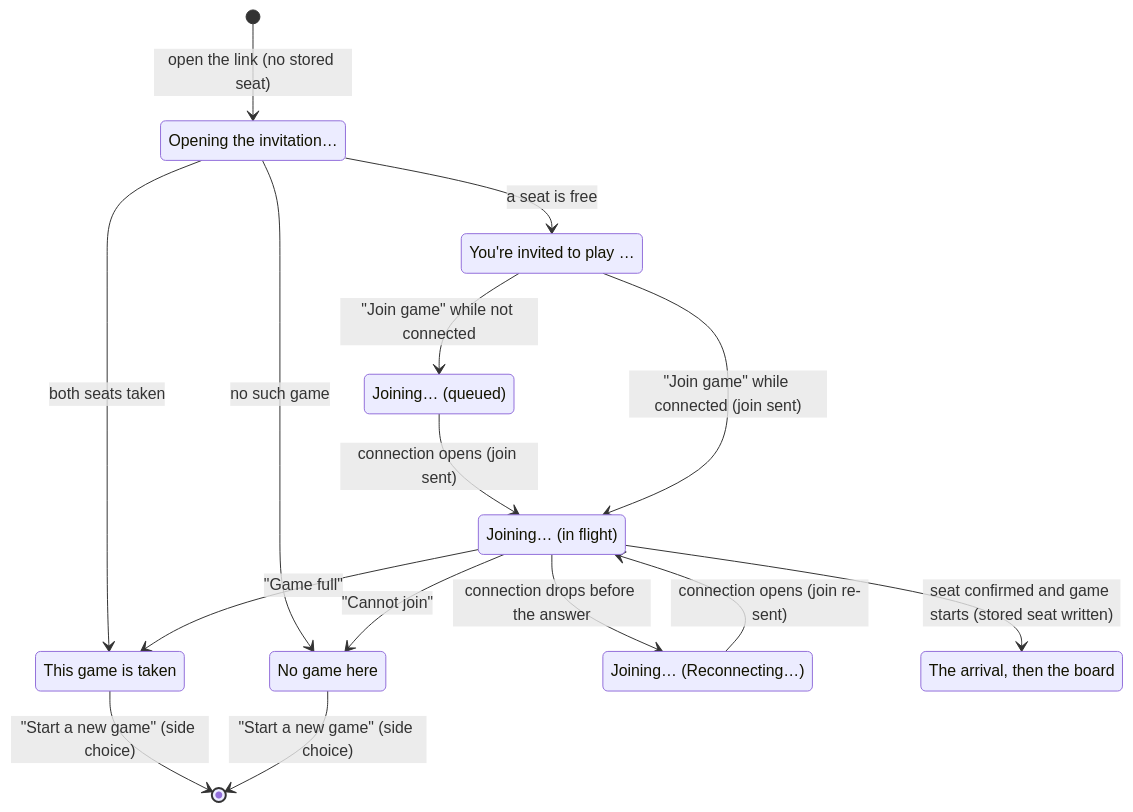
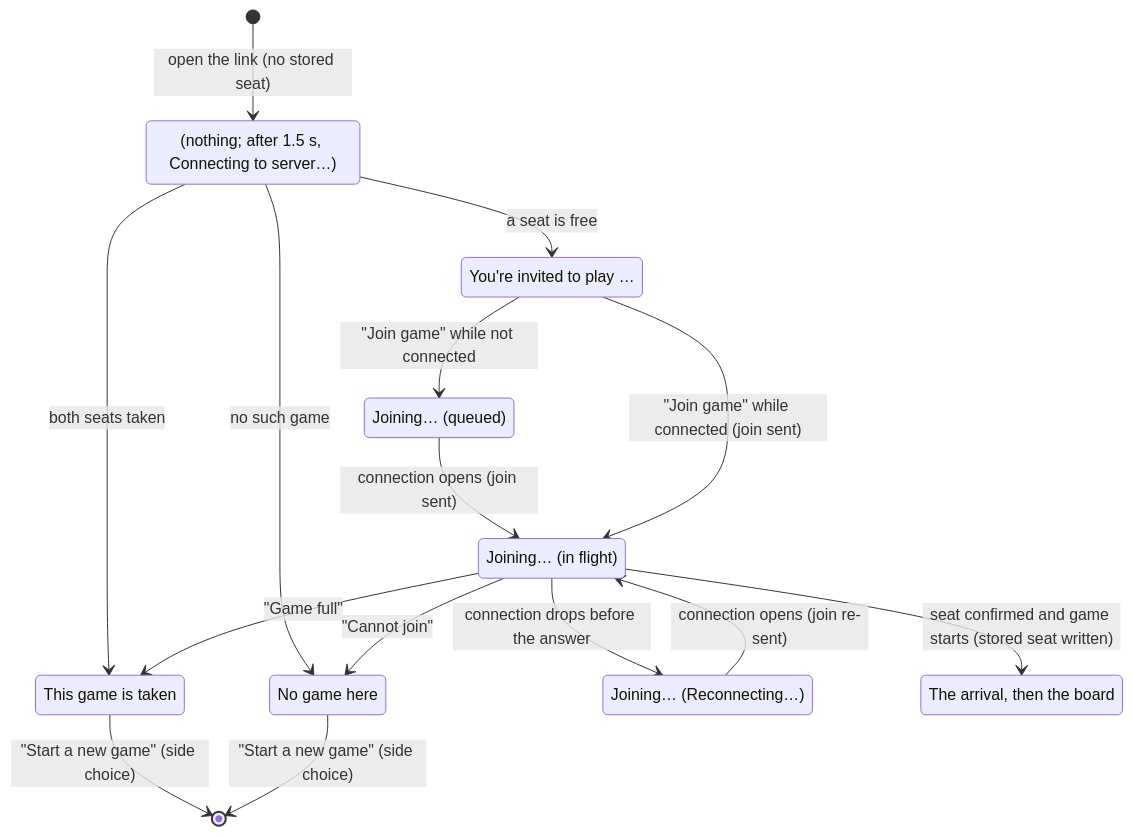
The diagram in product-description/start/joining-a-game.md (howard36/3d-chess), drawn with Mermaid before and after one commit. The commit also changed other lines of this file and 12 other files, not shown here.

````diff
--- a/product-description/start/joining-a-game.md
+++ b/product-description/start/joining-a-game.md
@@ -17,25 +17,25 @@
 ```mermaid
 stateDiagram-v2
-    state "Opening the invitation…" as opening
+    state "(nothing; after 1.5 s, Connecting to server…)" as opening
     state "You're invited to play …" as open
     state "This game is taken" as full
     state "No game here" as gone
     state "Joining… (queued)" as queued
     state "Joining… (in flight)" as flight
     state "Joining… (Reconnecting…)" as recon
     state "The arrival, then the board" as board
     [*] --> opening : open the link (no stored seat)
     opening --> open : a seat is free
     opening --> full : both seats taken
     opening --> gone : no such game
     open --> queued : "Join game" while not connected
     queued --> flight : connection opens (join sent)
     open --> flight : "Join game" while connected (join sent)
     flight --> board : seat confirmed and game starts (stored seat written)
     flight --> full : "Game full"
     flight --> gone : "Cannot join"
     flight --> recon : connection drops before the answer
     recon --> flight : connection opens (join re-sent)
     full --> [*] : "Start a new game" (side choice)
     gone --> [*] : "Start a new game" (side choice)
 ```
````
